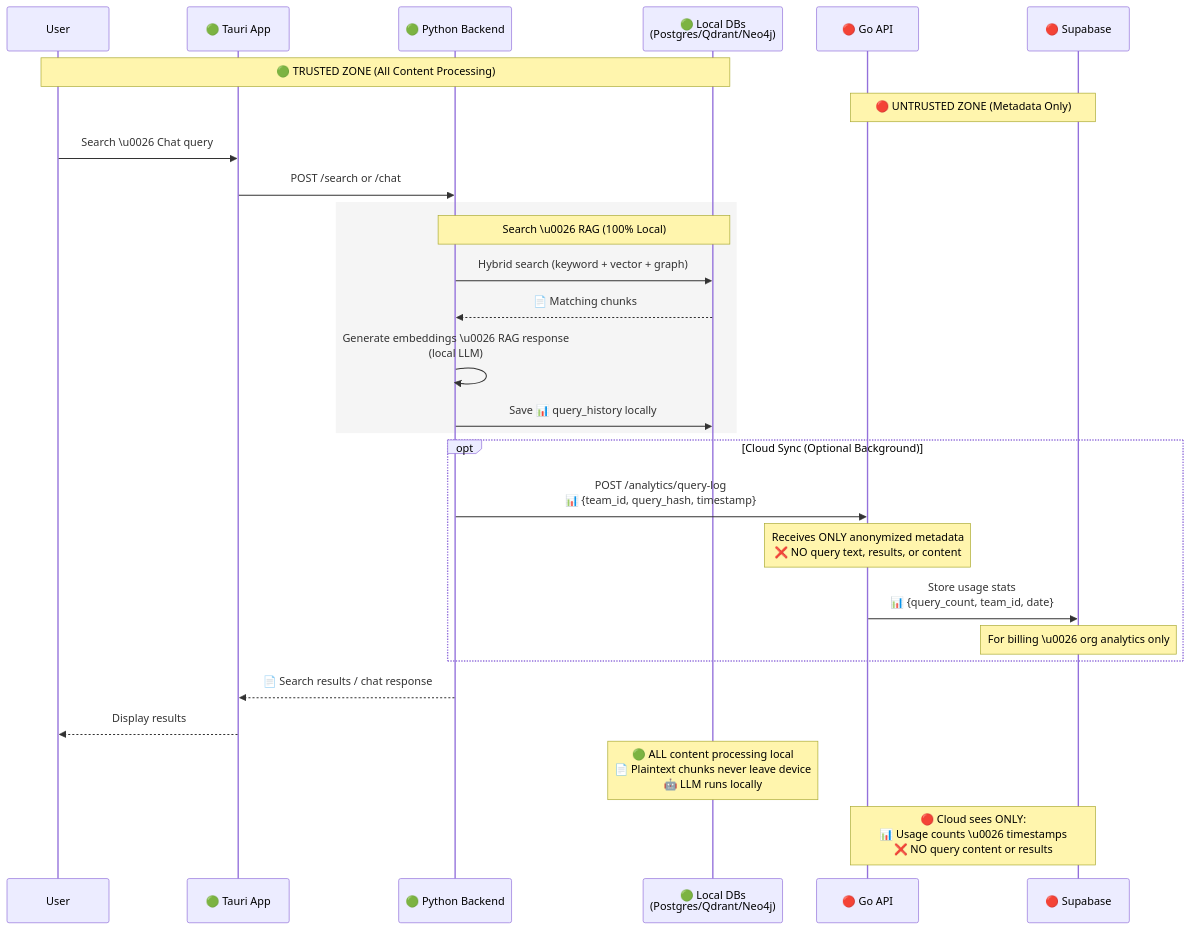
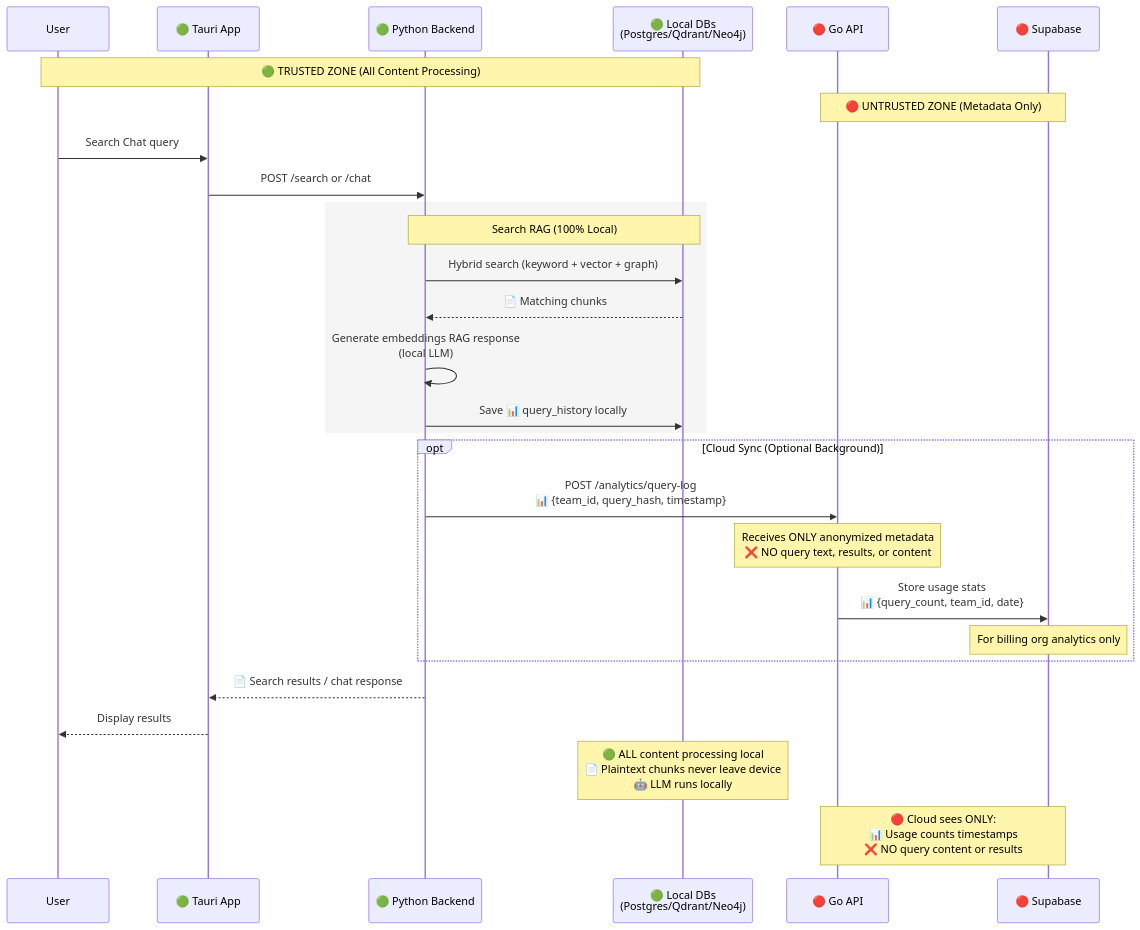
Before and after one commit to getagencyapp/docs: the seventh of 11 diagrams in 07a. Security Flow Diagrams.md, drawn with Mermaid. The commit also changed other lines of this file, not shown here.

Commit message:
Update security flow diagrams for clarity and consistency

````diff
--- a/07a. Security Flow Diagrams.md
+++ b/07a. Security Flow Diagrams.md
@@ -381,40 +381,40 @@
 ```mermaid
 sequenceDiagram
     participant User
     participant TauriApp as 🟢 Tauri App
     participant PyBackend as 🟢 Python Backend
     participant LocalDBs as 🟢 Local DBs<br/>(Postgres/Qdrant/Neo4j)
     participant GoAPI as 🔴 Go API
     participant Supabase as 🔴 Supabase
 
     Note over User,LocalDBs: 🟢 TRUSTED ZONE (All Content Processing)
     Note over GoAPI,Supabase: 🔴 UNTRUSTED ZONE (Metadata Only)
     
-    User->>TauriApp: Search \u0026 Chat query
+    User->>TauriApp: Search Chat query
     TauriApp->>PyBackend: POST /search or /chat
     
     rect rgb(245, 245, 245)
-        Note over PyBackend,LocalDBs: Search \u0026 RAG (100% Local)
+        Note over PyBackend,LocalDBs: Search RAG (100% Local)
         
         PyBackend->>LocalDBs: Hybrid search (keyword + vector + graph)
         LocalDBs-->>PyBackend: 📄 Matching chunks
         
-        PyBackend->>PyBackend: Generate embeddings \u0026 RAG response<br/>(local LLM)
+        PyBackend->>PyBackend: Generate embeddings RAG response<br/>(local LLM)
         
         PyBackend->>LocalDBs: Save 📊 query_history locally
     end
     
     opt Cloud Sync (Optional Background)
         PyBackend->>GoAPI: POST /analytics/query-log<br/>📊 {team_id, query_hash, timestamp}
         Note over GoAPI: Receives ONLY anonymized metadata<br/>❌ NO query text, results, or content
         
         GoAPI->>Supabase: Store usage stats<br/>📊 {query_count, team_id, date}
-        Note over Supabase: For billing \u0026 org analytics only
+        Note over Supabase: For billing org analytics only
     end
     
     PyBackend-->>TauriApp: 📄 Search results / chat response
     TauriApp-->>User: Display results
     
     Note over LocalDBs: 🟢 ALL content processing local<br/>📄 Plaintext chunks never leave device<br/>🤖 LLM runs locally
-    Note over GoAPI,Supabase: 🔴 Cloud sees ONLY:<br/>📊 Usage counts \u0026 timestamps<br/>❌ NO query content or results
+    Note over GoAPI,Supabase: 🔴 Cloud sees ONLY:<br/>📊 Usage counts timestamps<br/>❌ NO query content or results
 ```
````
